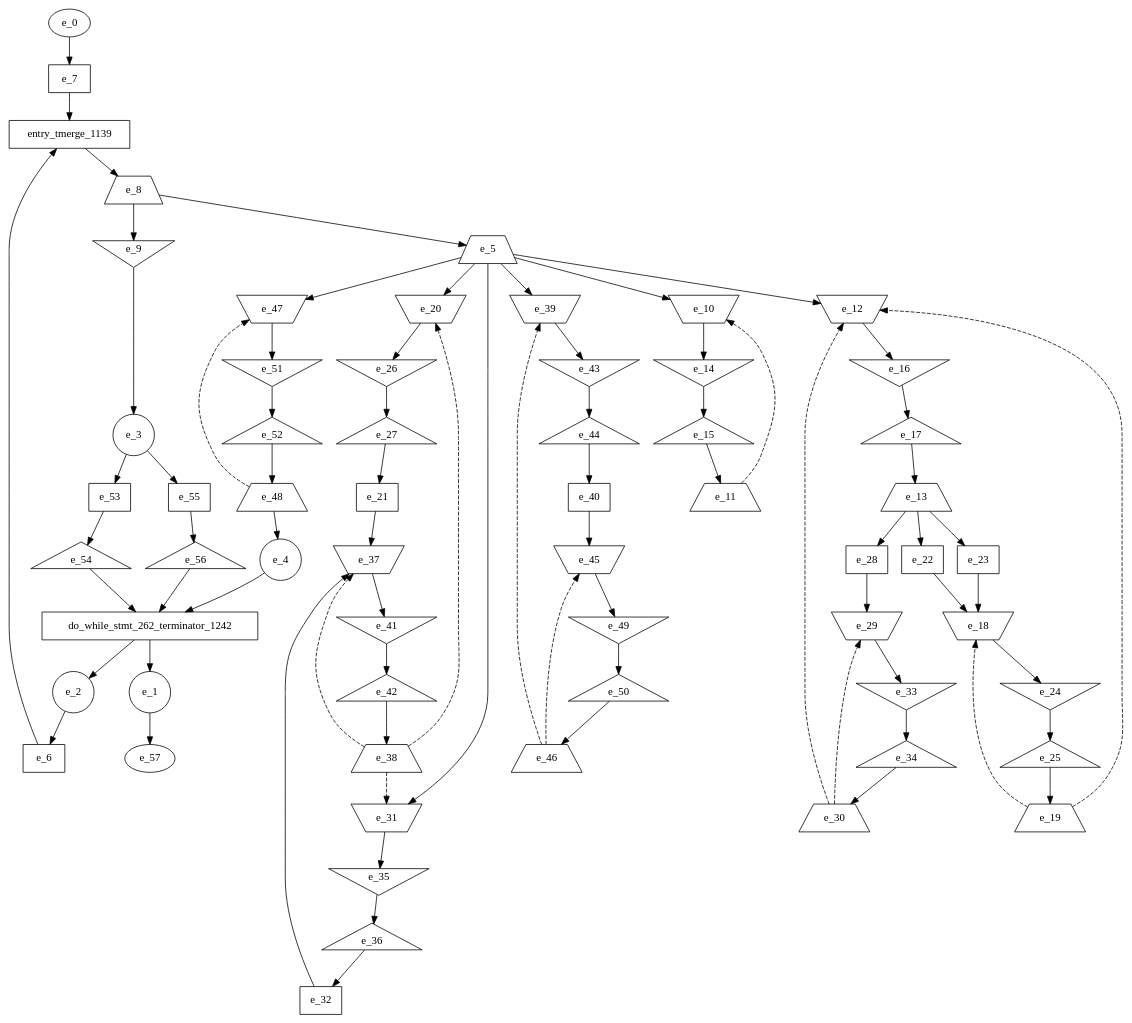
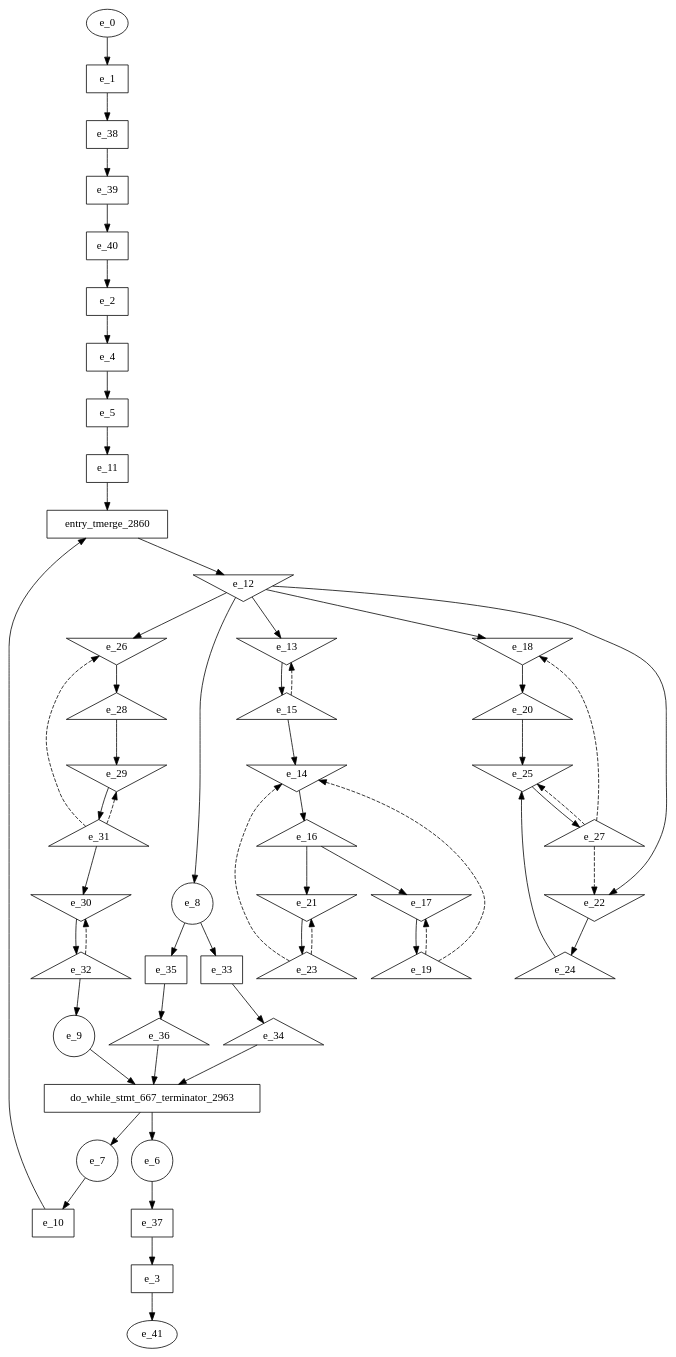
Before and after one commit to madhavPdesai/ahir: the diagram in Documents/Tutorials/Pipelines/ex1/vectorSum_CP.dot, drawn with Graphviz. The commit also changed 8 other files, not shown here.

```diff
--- a/Documents/Tutorials/Pipelines/ex1/vectorSum_CP.dot
+++ b/Documents/Tutorials/Pipelines/ex1/vectorSum_CP.dot
@@ -1,137 +1,104 @@
 digraph control_path {
   e_0: entry_node : n ;
-  e_1 [shape = circle];
-  e_2 [shape = circle];
-  e_3 [shape = circle];
-  e_4 [shape = circle];
-  e_5 [shape = trapezium];
-  e_6 [shape = dot];
-  e_7 [shape = dot];
-  e_8 [shape = trapezium];
-  e_9 [shape = invtriangle];
-  e_10 [shape = invtrapezium];
-  e_11 [shape = trapezium];
-  e_12 [shape = invtrapezium];
-  e_13 [shape = trapezium];
+  e_1 [shape = dot];
+  e_2 [shape = dot];
+  e_3 [shape = dot];
+  e_4 [shape = dot];
+  e_5 [shape = dot];
+  e_6 [shape = circle];
+  e_7 [shape = circle];
+  e_8 [shape = circle];
+  e_9 [shape = circle];
+  e_10 [shape = dot];
+  e_11 [shape = dot];
+  e_12 [shape = invtriangle];
+  e_13 [shape = invtriangle];
   e_14 [shape = invtriangle];
   e_15 [shape = triangle];
-  e_16 [shape = invtriangle];
-  e_17 [shape = triangle];
-  e_18 [shape = invtrapezium];
-  e_19 [shape = trapezium];
-  e_20 [shape = invtrapezium];
-  e_21 [shape = dot];
-  e_22 [shape = dot];
-  e_23 [shape = dot];
-  e_24 [shape = invtriangle];
-  e_25 [shape = triangle];
+  e_16 [shape = triangle];
+  e_17 [shape = invtriangle];
+  e_18 [shape = invtriangle];
+  e_19 [shape = triangle];
+  e_20 [shape = triangle];
+  e_21 [shape = invtriangle];
+  e_22 [shape = invtriangle];
+  e_23 [shape = triangle];
+  e_24 [shape = triangle];
+  e_25 [shape = invtriangle];
   e_26 [shape = invtriangle];
   e_27 [shape = triangle];
-  e_28 [shape = dot];
-  e_29 [shape = invtrapezium];
-  e_30 [shape = trapezium];
-  e_31 [shape = invtrapezium];
-  e_32 [shape = dot];
-  e_33 [shape = invtriangle];
+  e_28 [shape = triangle];
+  e_29 [shape = invtriangle];
+  e_30 [shape = invtriangle];
+  e_31 [shape = triangle];
+  e_32 [shape = triangle];
+  e_33 [shape = dot];
   e_34 [shape = triangle];
-  e_35 [shape = invtriangle];
+  e_35 [shape = dot];
   e_36 [shape = triangle];
-  e_37 [shape = invtrapezium];
-  e_38 [shape = trapezium];
-  e_39 [shape = invtrapezium];
+  e_37 [shape = dot];
+  e_38 [shape = dot];
+  e_39 [shape = dot];
   e_40 [shape = dot];
-  e_41 [shape = invtriangle];
-  e_42 [shape = triangle];
-  e_43 [shape = invtriangle];
-  e_44 [shape = triangle];
-  e_45 [shape = invtrapezium];
-  e_46 [shape = trapezium];
-  e_47 [shape = invtrapezium];
-  e_48 [shape = trapezium];
-  e_49 [shape = invtriangle];
-  e_50 [shape = triangle];
-  e_51 [shape = invtriangle];
-  e_52 [shape = triangle];
-  e_53 [shape = dot];
-  e_54 [shape = triangle];
-  e_55 [shape = dot];
-  e_56 [shape = triangle];
-  e_57: exit_node : s ;
-  e_9 -> e_3;
-  e_48 -> e_4;
-  e_8 -> e_5;
-  e_2 -> e_6;
-  e_0 -> e_7;
-  e_8 -> e_9;
-  e_5 -> e_10;
-  e_11 -> e_10[style = dashed];
-  e_15 -> e_11;
-  e_5 -> e_12;
-  e_19 -> e_12[style = dashed];
-  e_30 -> e_12[style = dashed];
-  e_17 -> e_13;
-  e_10 -> e_14;
-  e_14 -> e_15;
-  e_12 -> e_16;
+  e_41: exit_node : s ;
+  e_0 -> e_1;
+  e_40 -> e_2;
+  e_37 -> e_3;
+  e_2 -> e_4;
+  e_4 -> e_5;
+  e_12 -> e_8;
+  e_32 -> e_9;
+  e_7 -> e_10;
+  e_5 -> e_11;
+  e_12 -> e_13;
+  e_15 -> e_13[style = dashed];
+  e_15 -> e_14;
+  e_23 -> e_14[style = dashed];
+  e_19 -> e_14[style = dashed];
+  e_13 -> e_15;
+  e_14 -> e_16;
   e_16 -> e_17;
-  e_23 -> e_18;
-  e_22 -> e_18;
-  e_19 -> e_18[style = dashed];
-  e_25 -> e_19;
-  e_5 -> e_20;
-  e_38 -> e_20[style = dashed];
-  e_27 -> e_21;
-  e_13 -> e_22;
-  e_13 -> e_23;
-  e_18 -> e_24;
+  e_19 -> e_17[style = dashed];
+  e_12 -> e_18;
+  e_27 -> e_18[style = dashed];
+  e_17 -> e_19;
+  e_18 -> e_20;
+  e_16 -> e_21;
+  e_23 -> e_21[style = dashed];
+  e_12 -> e_22;
+  e_27 -> e_22[style = dashed];
+  e_21 -> e_23;
+  e_22 -> e_24;
   e_24 -> e_25;
-  e_20 -> e_26;
-  e_26 -> e_27;
-  e_13 -> e_28;
+  e_20 -> e_25;
+  e_27 -> e_25[style = dashed];
+  e_12 -> e_26;
+  e_31 -> e_26[style = dashed];
+  e_25 -> e_27;
+  e_26 -> e_28;
   e_28 -> e_29;
-  e_30 -> e_29[style = dashed];
-  e_34 -> e_30;
-  e_5 -> e_31;
-  e_38 -> e_31[style = dashed];
-  e_36 -> e_32;
-  e_29 -> e_33;
+  e_31 -> e_29[style = dashed];
+  e_31 -> e_30;
+  e_32 -> e_30[style = dashed];
+  e_29 -> e_31;
+  e_30 -> e_32;
+  e_8 -> e_33;
   e_33 -> e_34;
-  e_31 -> e_35;
+  e_8 -> e_35;
   e_35 -> e_36;
-  e_32 -> e_37;
-  e_21 -> e_37;
-  e_38 -> e_37[style = dashed];
-  e_42 -> e_38;
-  e_5 -> e_39;
-  e_46 -> e_39[style = dashed];
-  e_44 -> e_40;
-  e_37 -> e_41;
-  e_41 -> e_42;
-  e_39 -> e_43;
-  e_43 -> e_44;
-  e_40 -> e_45;
-  e_46 -> e_45[style = dashed];
-  e_50 -> e_46;
-  e_5 -> e_47;
-  e_48 -> e_47[style = dashed];
-  e_52 -> e_48;
-  e_45 -> e_49;
-  e_49 -> e_50;
-  e_47 -> e_51;
-  e_51 -> e_52;
-  e_3 -> e_53;
-  e_53 -> e_54;
-  e_3 -> e_55;
-  e_55 -> e_56;
-  e_1 -> e_57;
-  do_while_stmt_262_terminator_1242 [shape=rectangle];
-e_4 -> do_while_stmt_262_terminator_1242;
-e_56 -> do_while_stmt_262_terminator_1242;
-e_54 -> do_while_stmt_262_terminator_1242;
-do_while_stmt_262_terminator_1242 -> e_2;
-do_while_stmt_262_terminator_1242 -> e_1;
-entry_tmerge_1139 [shape = rectangle]; 
-e_6 -> entry_tmerge_1139;
-e_7 -> entry_tmerge_1139;
-entry_tmerge_1139 -> e_8;
+  e_6 -> e_37;
+  e_1 -> e_38;
+  e_38 -> e_39;
+  e_39 -> e_40;
+  e_3 -> e_41;
+  do_while_stmt_667_terminator_2963 [shape=rectangle];
+e_9 -> do_while_stmt_667_terminator_2963;
+e_36 -> do_while_stmt_667_terminator_2963;
+e_34 -> do_while_stmt_667_terminator_2963;
+do_while_stmt_667_terminator_2963 -> e_7;
+do_while_stmt_667_terminator_2963 -> e_6;
+entry_tmerge_2860 [shape = rectangle]; 
+e_10 -> entry_tmerge_2860;
+e_11 -> entry_tmerge_2860;
+entry_tmerge_2860 -> e_12;
 }
```
